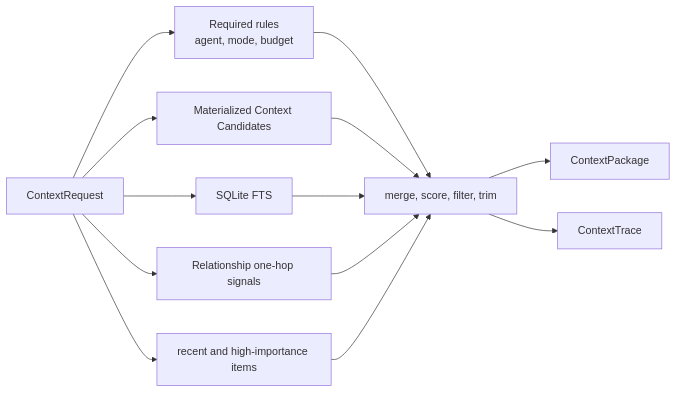
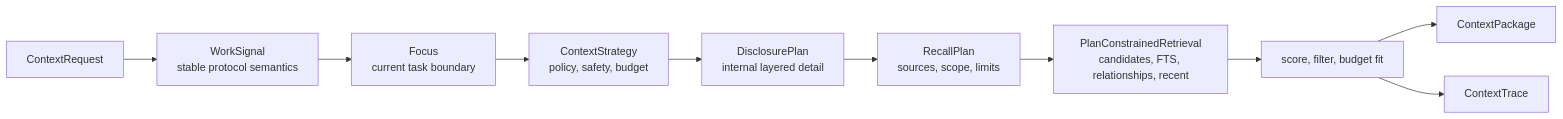
One commit to ai-workroot/ai-workroot changed the fifth of 6 diagrams in docs/architecture-map.md. Above: the diagram before and after it, drawn with Mermaid. The commit also changed 150 other files, not shown here.

Commit message:
feat: harden context recall and agent protocol continuity

````diff
--- a/docs/architecture-map.md
+++ b/docs/architecture-map.md
@@ -117,15 +117,12 @@
 ```mermaid
 flowchart LR
-  Req[ContextRequest] --> Rules[Required rules<br/>agent, mode, budget]
-  Req --> Candidates[Materialized Context Candidates]
-  Req --> FTS[SQLite FTS]
-  Req --> Rel[Relationship one-hop signals]
-  Req --> Recent[recent and high-importance items]
-  Rules --> Select[merge, score, filter, trim]
-  Candidates --> Select
-  FTS --> Select
-  Rel --> Select
-  Recent --> Select
+  Req[ContextRequest] --> WorkSignal[WorkSignal<br/>stable protocol semantics]
+  WorkSignal --> Focus[Focus<br/>current task boundary]
+  Focus --> ContextStrategy[ContextStrategy<br/>policy, safety, budget]
+  ContextStrategy --> DisclosurePlan[DisclosurePlan<br/>internal layered detail]
+  DisclosurePlan --> RecallPlan[RecallPlan<br/>sources, scope, limits]
+  RecallPlan --> PlanConstrainedRetrieval[PlanConstrainedRetrieval<br/>candidates, FTS, relationships, recent]
+  PlanConstrainedRetrieval --> Select[score, filter, budget fit]
   Select --> Package[ContextPackage]
   Select --> Trace[ContextTrace]
 ```
````
